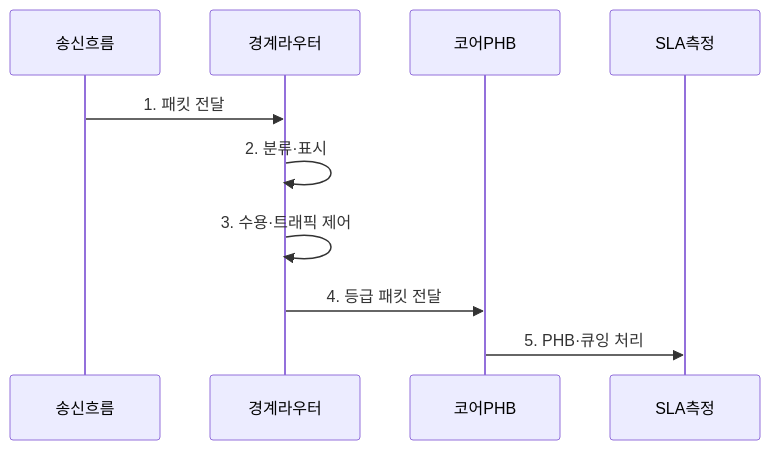
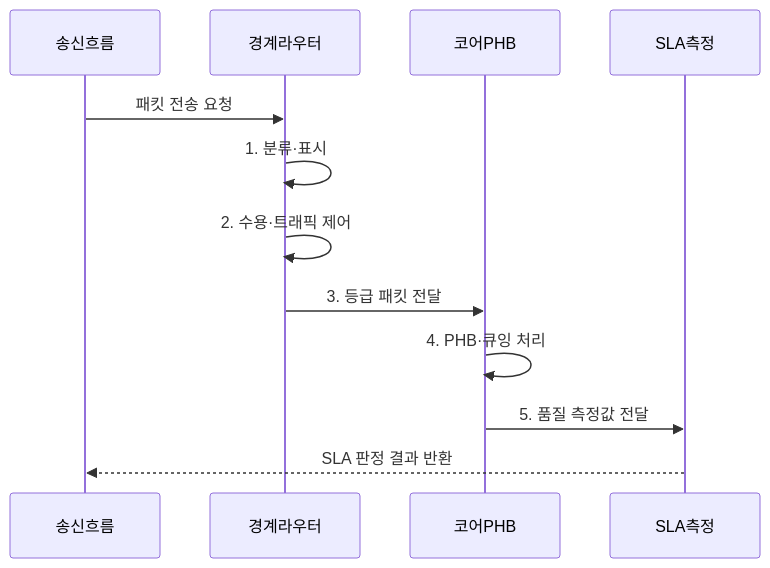
Before and after one commit to agnusdei1207/knowledge-base: the second of 2 diagrams in src/content/docs/notes/04-network/072_qos_diffserv_intserv.md, drawn with Mermaid. The commit also changed other lines of this file and 20 other files, not shown here.

````diff
--- a/src/content/docs/notes/04-network/072_qos_diffserv_intserv.md
+++ b/src/content/docs/notes/04-network/072_qos_diffserv_intserv.md
@@ -79,12 +84,14 @@
 ```mermaid
 sequenceDiagram
     participant 송신흐름
     participant 경계라우터
     participant 코어PHB
     participant SLA측정
-    송신흐름->>경계라우터: 1. 패킷 전달
-    경계라우터->>경계라우터: 2. 분류·표시
-    경계라우터->>경계라우터: 3. 수용·트래픽 제어
-    경계라우터->>코어PHB: 4. 등급 패킷 전달
-    코어PHB->>SLA측정: 5. PHB·큐잉 처리
+    송신흐름->>경계라우터: 패킷 전송 요청
+    경계라우터->>경계라우터: 1. 분류·표시
+    경계라우터->>경계라우터: 2. 수용·트래픽 제어
+    경계라우터->>코어PHB: 3. 등급 패킷 전달
+    코어PHB->>코어PHB: 4. PHB·큐잉 처리
+    코어PHB->>SLA측정: 5. 품질 측정값 전달
+    SLA측정-->>송신흐름: SLA 판정 결과 반환
 ```
````
